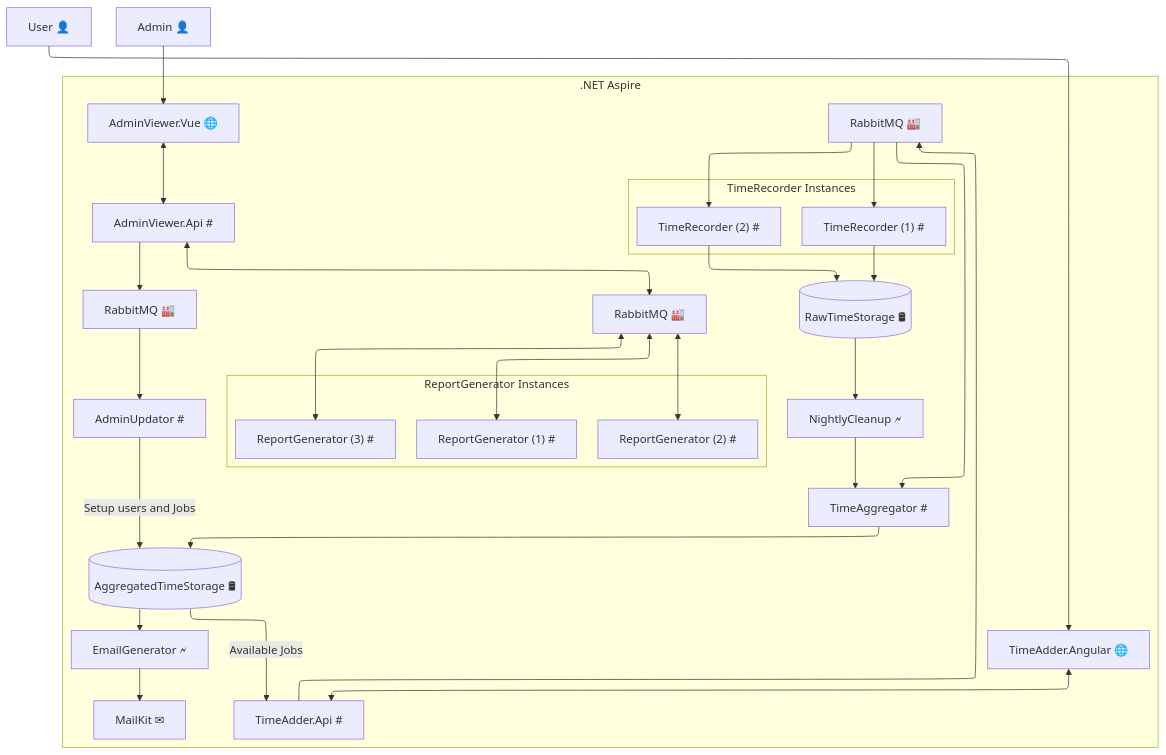
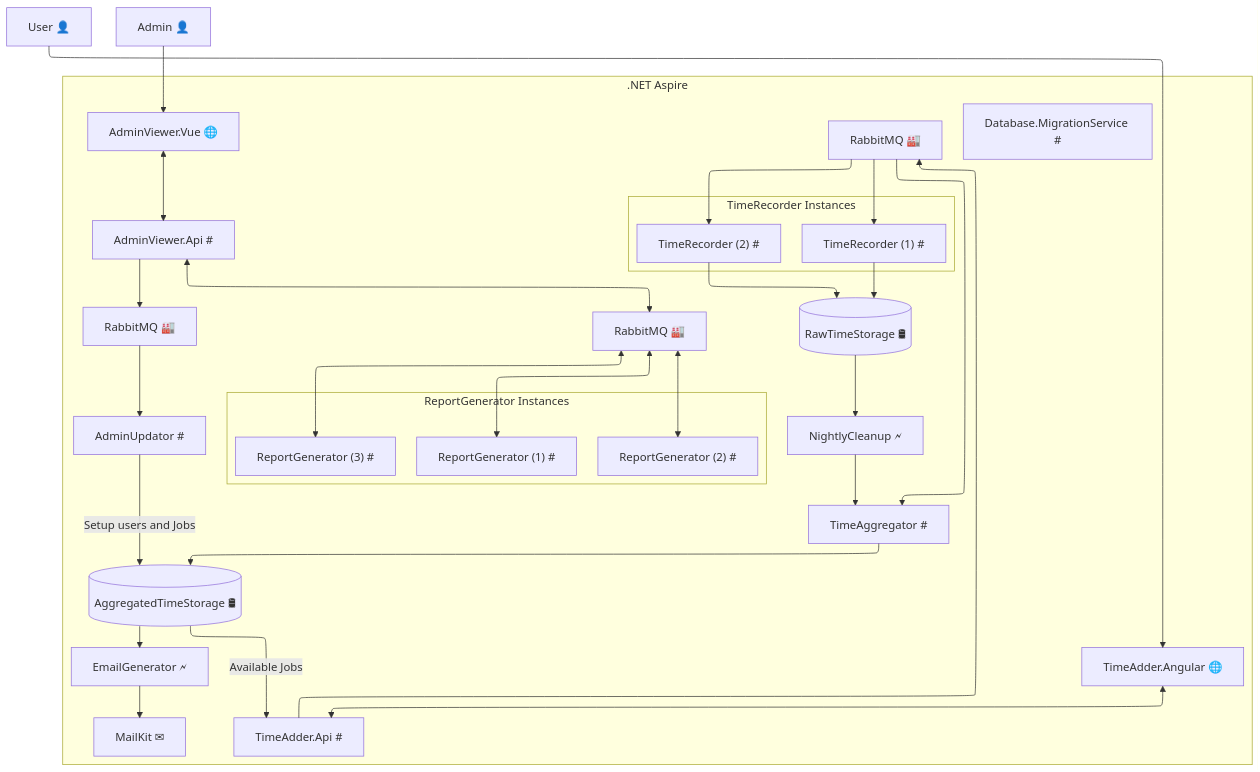
The diagram in README.md (jonathantwite/Timesheets), drawn with Mermaid before and after one commit.

````diff
--- a/README.md
+++ b/README.md
@@ -5,50 +5,52 @@
 ```mermaid
 %%{init: {"flowchart": {"defaultRenderer": "elk"}} }%%
 graph TD
 
 subgraph ".NET Aspire"
+
+appdbm["Database.MigrationService #"]
 
 uweb1["TimeAdder.Angular 🌐"] <--> uapi1["TimeAdder.Api #"]
 uapi1 --> ur1["RabbitMQ 🏭"]
 
 subgraph "TimeRecorder Instances"
     app1a["TimeRecorder (1) #"]
     app1b["TimeRecorder (2) #"]
 end
 
 ur1 --> app1a
 ur1 --> app1b
 ur1 -----> app2["TimeAggregator #"]
 
 app1a --> db1[("RawTimeStorage 🛢")]
 app1b --> db1[("RawTimeStorage 🛢")]
 app2 --> db2[("AggregatedTimeStorage 🛢")]
 
 aweb1["AdminViewer.Vue 🌐"] <--> aapi1["AdminViewer.Api #"]
 aapi1 --> ar1["RabbitMQ 🏭"]
 ar1 --> app3["AdminUpdator #"]
 app3 -----> |Setup users and Jobs| db2
 
 db2 --> |Available Jobs| uapi1
 
 subgraph "ReportGenerator Instances"
     rg1["ReportGenerator (1) #"]
     rg2["ReportGenerator (2) #"]
     rg3["ReportGenerator (3) #"]
 end
 
 aapi1 <--> r3["RabbitMQ 🏭"]
 r3 <--> rg1
 r3 <--> rg2
 r3 <--> rg3
 
 db2 --> fa1["EmailGenerator 🗲"]
 fa1 --> m1["MailKit ✉"]
 
 db1 --> fa2["NightlyCleanup 🗲"]
 fa2 --> app2
 
 end
 u1["User 👤"] --> uweb1
 u2["Admin 👤"] --> aweb1
 ```
````
